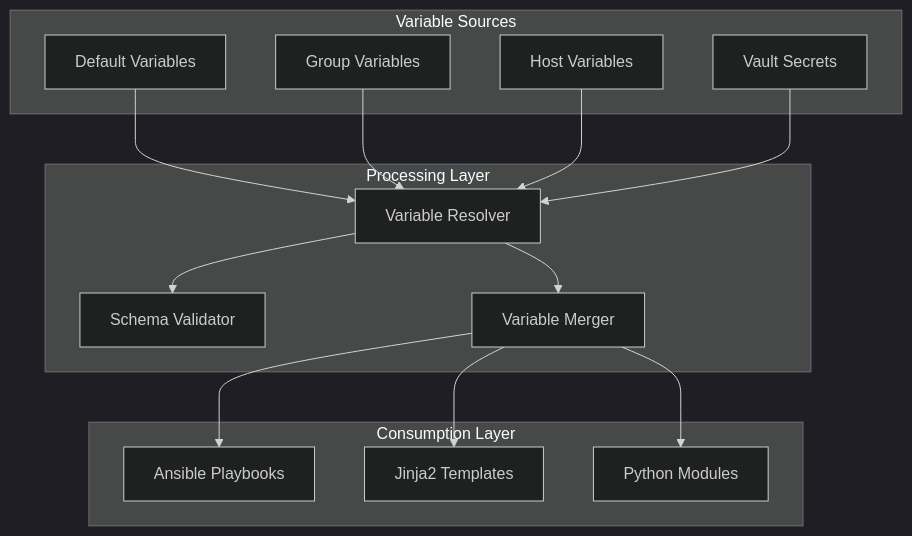
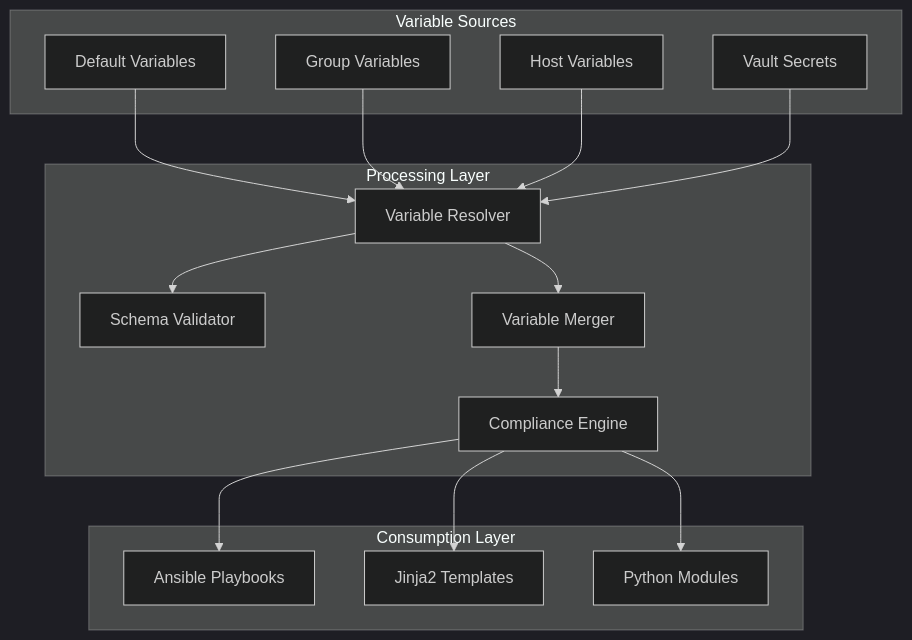
Before and after one commit to shakthi-vinayak/network-automation: the sixth of 6 diagrams in .qoder/repowiki/en/content/Core Components/Configuration Management/Variable Management System.md, drawn with Mermaid (dark theme). The commit also changed other lines of this file and 144 other files, not shown here.

````diff
--- a/.qoder/repowiki/en/content/Core Components/Configuration Management/Variable Management System.md
+++ b/.qoder/repowiki/en/content/Core Components/Configuration Management/Variable Management System.md
@@ -317,28 +592,30 @@
 ```mermaid
 graph TB
 subgraph "Variable Sources"
 Defaults[Default Variables]
 GroupVars[Group Variables]
 HostVars[Host Variables]
 Secrets[Vault Secrets]
 end
 subgraph "Processing Layer"
 Resolver[Variable Resolver]
 Validator[Schema Validator]
 Merger[Variable Merger]
+Compliance[Compliance Engine]
 end
 subgraph "Consumption Layer"
 Playbooks[Ansible Playbooks]
 Templates[Jinja2 Templates]
 Python[Python Modules]
 end
 Defaults --> Resolver
 GroupVars --> Resolver
 HostVars --> Resolver
 Secrets --> Resolver
 Resolver --> Validator
 Resolver --> Merger
-Merger --> Playbooks
-Merger --> Templates
-Merger --> Python
+Merger --> Compliance
+Compliance --> Playbooks
+Compliance --> Templates
+Compliance --> Python
 ```
````
